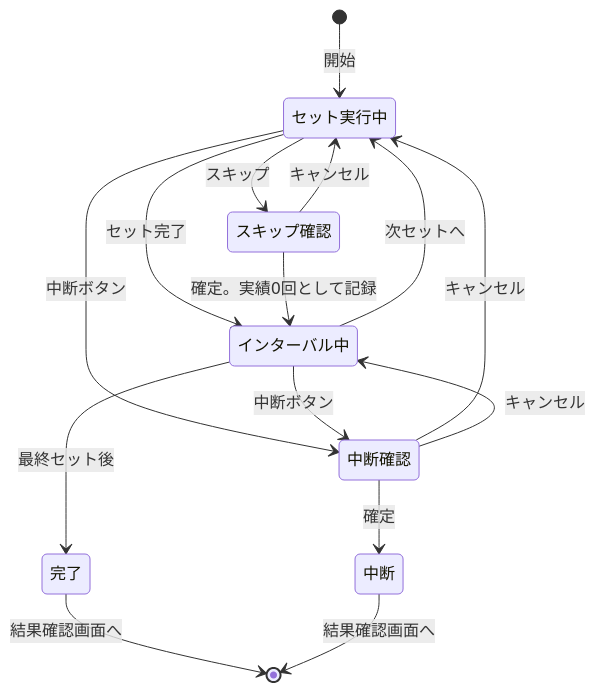
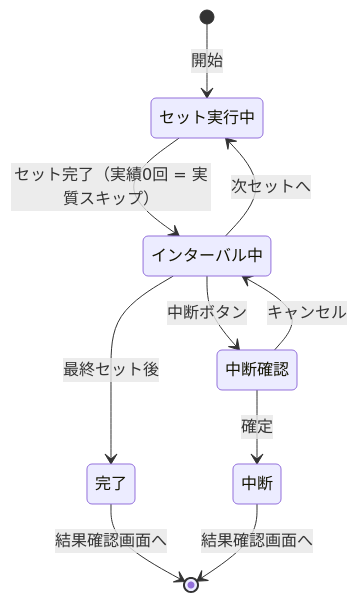
The second of 2 diagrams in docs/spec.md (umi-kappa/peak-rm), drawn with Mermaid before and after one commit. The commit also changed other lines of this file, not shown here.

````diff
--- a/docs/spec.md
+++ b/docs/spec.md
@@ -264,18 +328,13 @@
 ```mermaid
 stateDiagram-v2
     direction TB
     [*] --> セット実行中: 開始
-    セット実行中 --> インターバル中: セット完了
-    セット実行中 --> スキップ確認: スキップ
-    スキップ確認 --> インターバル中: 確定。実績0回として記録
-    スキップ確認 --> セット実行中: キャンセル
+    セット実行中 --> インターバル中: セット完了（実績0回 = 実質スキップ）
     インターバル中 --> セット実行中: 次セットへ
     インターバル中 --> 完了: 最終セット後
-    セット実行中 --> 中断確認: 中断ボタン
     インターバル中 --> 中断確認: 中断ボタン
     中断確認 --> 中断: 確定
-    中断確認 --> セット実行中: キャンセル
     中断確認 --> インターバル中: キャンセル
     完了 --> [*]: 結果確認画面へ
     中断 --> [*]: 結果確認画面へ
 ```
````
